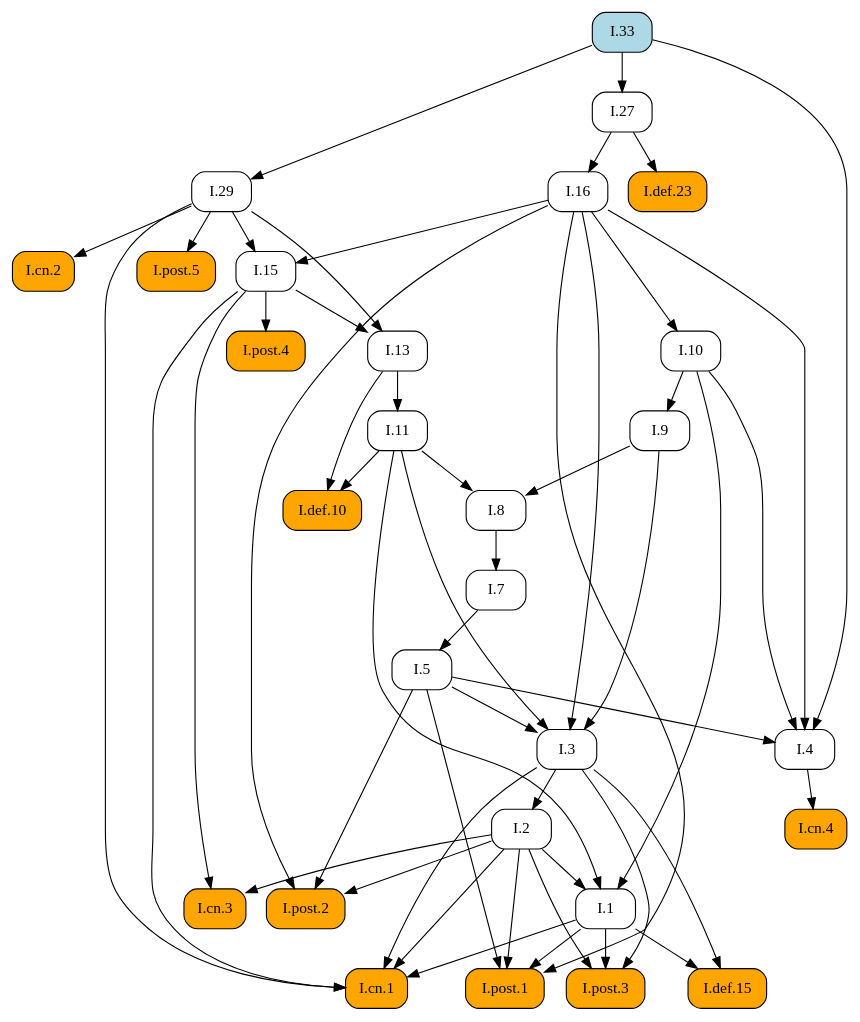
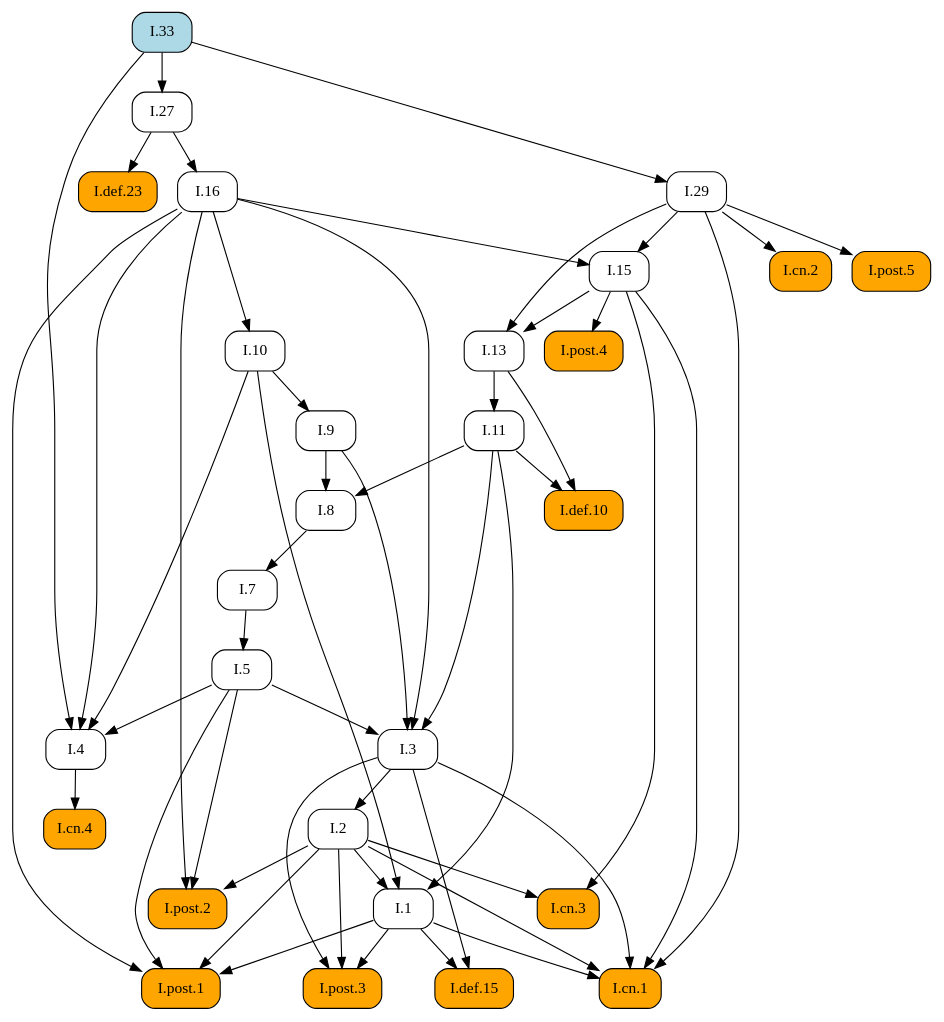
One commit to geometor/elements changed the diagram in docsrc/heath/I/33/index.rst. Above: the diagram before and after it, drawn with Graphviz. The commit also changed other lines of this file and 484 other files, not shown here.

```diff
--- a/docsrc/heath/I/33/index.rst
+++ b/docsrc/heath/I/33/index.rst
@@ -75,84 +75,84 @@
    digraph {
      rankdir="TB";
      node [shape=box, style=rounded];
+     "I.9" [URL="/heath/I/9/", target="_top"];
+     "I.cn.1" [style="rounded,filled", fillcolor=orange, URL="/heath/I/cn.1/", target="_top"];
+     "I.33" [style="rounded,filled", fillcolor=lightblue, URL="/heath/I/33/", target="_top"];
+     "I.7" [URL="/heath/I/7/", target="_top"];
+     "I.2" [URL="/heath/I/2/", target="_top"];
+     "I.def.15" [style="rounded,filled", fillcolor=orange, URL="/heath/I/def.15/", target="_top"];
+     "I.13" [URL="/heath/I/13/", target="_top"];
+     "I.post.4" [style="rounded,filled", fillcolor=orange, URL="/heath/I/post.4/", target="_top"];
+     "I.4" [URL="/heath/I/4/", target="_top"];
+     "I.1" [URL="/heath/I/1/", target="_top"];
+     "I.post.3" [style="rounded,filled", fillcolor=orange, URL="/heath/I/post.3/", target="_top"];
+     "I.post.1" [style="rounded,filled", fillcolor=orange, URL="/heath/I/post.1/", target="_top"];
+     "I.5" [URL="/heath/I/5/", target="_top"];
+     "I.8" [URL="/heath/I/8/", target="_top"];
+     "I.cn.3" [style="rounded,filled", fillcolor=orange, URL="/heath/I/cn.3/", target="_top"];
+     "I.29" [URL="/heath/I/29/", target="_top"];
+     "I.16" [URL="/heath/I/16/", target="_top"];
      "I.def.10" [style="rounded,filled", fillcolor=orange, URL="/heath/I/def.10/", target="_top"];
+     "I.15" [URL="/heath/I/15/", target="_top"];
+     "I.10" [URL="/heath/I/10/", target="_top"];
      "I.11" [URL="/heath/I/11/", target="_top"];
-     "I.post.4" [style="rounded,filled", fillcolor=orange, URL="/heath/I/post.4/", target="_top"];
-     "I.1" [URL="/heath/I/1/", target="_top"];
+     "I.def.23" [style="rounded,filled", fillcolor=orange, URL="/heath/I/def.23/", target="_top"];
+     "I.cn.2" [style="rounded,filled", fillcolor=orange, URL="/heath/I/cn.2/", target="_top"];
      "I.27" [URL="/heath/I/27/", target="_top"];
-     "I.7" [URL="/heath/I/7/", target="_top"];
+     "I.post.5" [style="rounded,filled", fillcolor=orange, URL="/heath/I/post.5/", target="_top"];
+     "I.cn.4" [style="rounded,filled", fillcolor=orange, URL="/heath/I/cn.4/", target="_top"];
+     "I.post.2" [style="rounded,filled", fillcolor=orange, URL="/heath/I/post.2/", target="_top"];
      "I.3" [URL="/heath/I/3/", target="_top"];
-     "I.2" [URL="/heath/I/2/", target="_top"];
-     "I.def.23" [style="rounded,filled", fillcolor=orange, URL="/heath/I/def.23/", target="_top"];
-     "I.4" [URL="/heath/I/4/", target="_top"];
-     "I.29" [URL="/heath/I/29/", target="_top"];
-     "I.13" [URL="/heath/I/13/", target="_top"];
-     "I.33" [style="rounded,filled", fillcolor=lightblue, URL="/heath/I/33/", target="_top"];
-     "I.cn.2" [style="rounded,filled", fillcolor=orange, URL="/heath/I/cn.2/", target="_top"];
-     "I.post.2" [style="rounded,filled", fillcolor=orange, URL="/heath/I/post.2/", target="_top"];
-     "I.16" [URL="/heath/I/16/", target="_top"];
-     "I.def.15" [style="rounded,filled", fillcolor=orange, URL="/heath/I/def.15/", target="_top"];
-     "I.9" [URL="/heath/I/9/", target="_top"];
-     "I.post.3" [style="rounded,filled", fillcolor=orange, URL="/heath/I/post.3/", target="_top"];
-     "I.cn.1" [style="rounded,filled", fillcolor=orange, URL="/heath/I/cn.1/", target="_top"];
-     "I.cn.3" [style="rounded,filled", fillcolor=orange, URL="/heath/I/cn.3/", target="_top"];
-     "I.8" [URL="/heath/I/8/", target="_top"];
-     "I.cn.4" [style="rounded,filled", fillcolor=orange, URL="/heath/I/cn.4/", target="_top"];
-     "I.15" [URL="/heath/I/15/", target="_top"];
-     "I.post.5" [style="rounded,filled", fillcolor=orange, URL="/heath/I/post.5/", target="_top"];
-     "I.post.1" [style="rounded,filled", fillcolor=orange, URL="/heath/I/post.1/", target="_top"];
-     "I.10" [URL="/heath/I/10/", target="_top"];
-     "I.5" [URL="/heath/I/5/", target="_top"];
-     "I.11" -> "I.def.10";
-     "I.13" -> "I.def.10";
-     "I.13" -> "I.11";
-     "I.15" -> "I.post.4";
-     "I.2" -> "I.1";
-     "I.10" -> "I.1";
-     "I.11" -> "I.1";
-     "I.33" -> "I.27";
-     "I.8" -> "I.7";
-     "I.5" -> "I.3";
-     "I.9" -> "I.3";
-     "I.11" -> "I.3";
-     "I.16" -> "I.3";
-     "I.3" -> "I.2";
-     "I.27" -> "I.def.23";
-     "I.5" -> "I.4";
-     "I.10" -> "I.4";
-     "I.16" -> "I.4";
-     "I.33" -> "I.4";
-     "I.33" -> "I.29";
-     "I.15" -> "I.13";
-     "I.29" -> "I.13";
-     "I.29" -> "I.cn.2";
-     "I.2" -> "I.post.2";
-     "I.5" -> "I.post.2";
-     "I.16" -> "I.post.2";
-     "I.27" -> "I.16";
-     "I.1" -> "I.def.15";
-     "I.3" -> "I.def.15";
      "I.10" -> "I.9";
-     "I.1" -> "I.post.3";
-     "I.2" -> "I.post.3";
-     "I.3" -> "I.post.3";
      "I.1" -> "I.cn.1";
      "I.2" -> "I.cn.1";
      "I.3" -> "I.cn.1";
      "I.15" -> "I.cn.1";
      "I.29" -> "I.cn.1";
-     "I.2" -> "I.cn.3";
-     "I.15" -> "I.cn.3";
-     "I.9" -> "I.8";
-     "I.11" -> "I.8";
-     "I.4" -> "I.cn.4";
-     "I.16" -> "I.15";
-     "I.29" -> "I.15";
-     "I.29" -> "I.post.5";
+     "I.8" -> "I.7";
+     "I.3" -> "I.2";
+     "I.1" -> "I.def.15";
+     "I.3" -> "I.def.15";
+     "I.15" -> "I.13";
+     "I.29" -> "I.13";
+     "I.15" -> "I.post.4";
+     "I.5" -> "I.4";
+     "I.10" -> "I.4";
+     "I.16" -> "I.4";
+     "I.33" -> "I.4";
+     "I.2" -> "I.1";
+     "I.10" -> "I.1";
+     "I.11" -> "I.1";
+     "I.1" -> "I.post.3";
+     "I.2" -> "I.post.3";
+     "I.3" -> "I.post.3";
      "I.1" -> "I.post.1";
      "I.2" -> "I.post.1";
      "I.5" -> "I.post.1";
      "I.16" -> "I.post.1";
+     "I.7" -> "I.5";
+     "I.9" -> "I.8";
+     "I.11" -> "I.8";
+     "I.2" -> "I.cn.3";
+     "I.15" -> "I.cn.3";
+     "I.33" -> "I.29";
+     "I.27" -> "I.16";
+     "I.11" -> "I.def.10";
+     "I.13" -> "I.def.10";
+     "I.16" -> "I.15";
+     "I.29" -> "I.15";
      "I.16" -> "I.10";
-     "I.7" -> "I.5";
+     "I.13" -> "I.11";
+     "I.27" -> "I.def.23";
+     "I.29" -> "I.cn.2";
+     "I.33" -> "I.27";
+     "I.29" -> "I.post.5";
+     "I.4" -> "I.cn.4";
+     "I.2" -> "I.post.2";
+     "I.5" -> "I.post.2";
+     "I.16" -> "I.post.2";
+     "I.5" -> "I.3";
+     "I.9" -> "I.3";
+     "I.11" -> "I.3";
+     "I.16" -> "I.3";
    }
```
